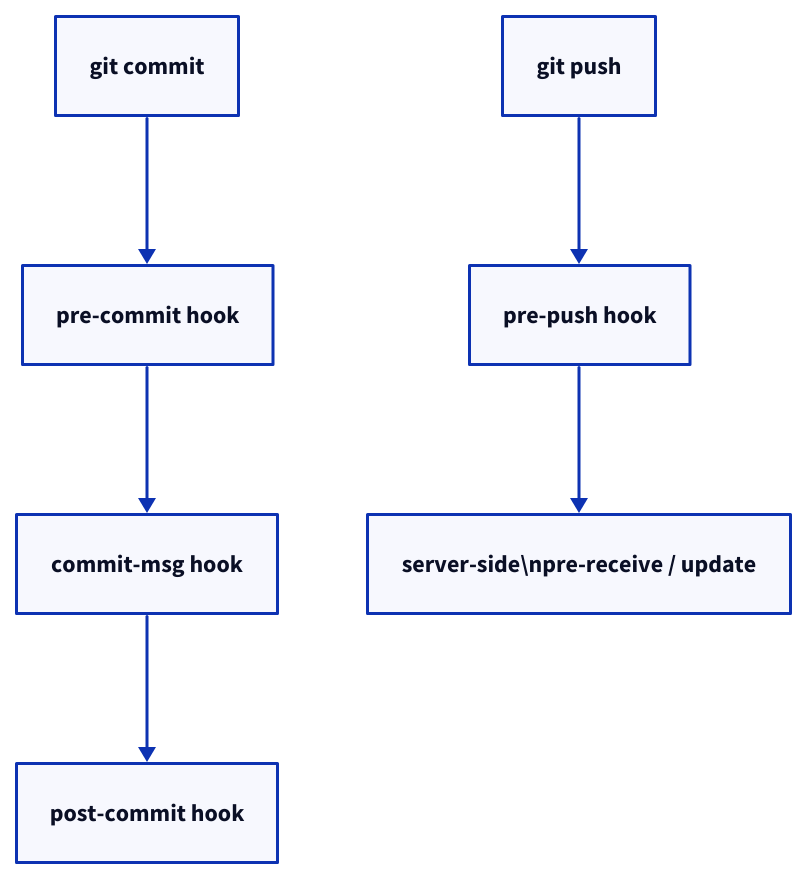
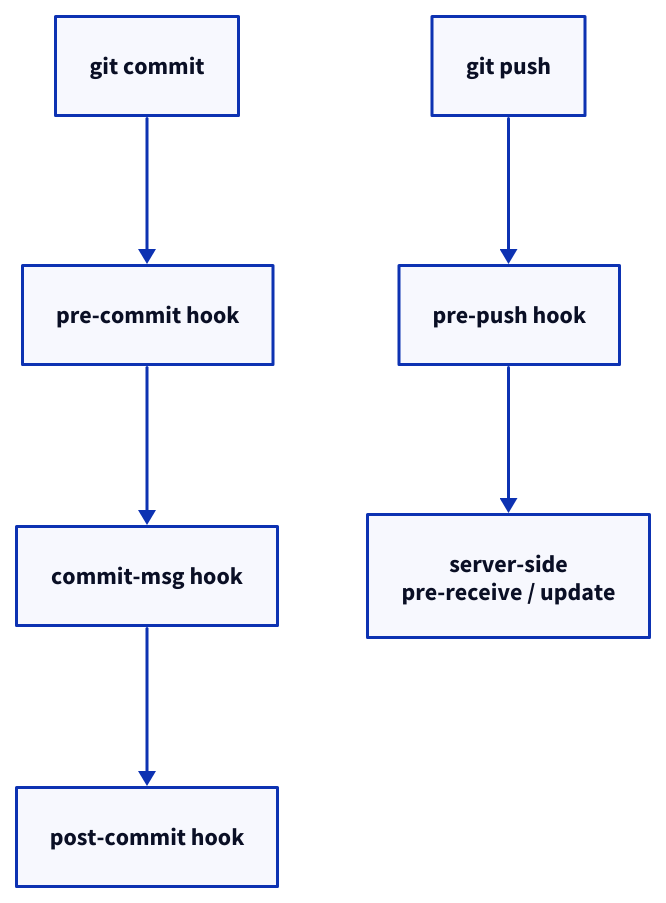
The diagram in docs/git/git-hooks-and-automation.md (rebash-rebash/rebash-academy), drawn with D2 before and after one commit. The commit also changed 177 other files, not shown here.

First line of the commit message:
Ship Terraform track, diagram polish, and new brand favicon.

````diff
--- a/docs/git/git-hooks-and-automation.md
+++ b/docs/git/git-hooks-and-automation.md
@@ -47,16 +47,16 @@
 ```d2
 direction: down
 
 COMMIT: "git commit"
     PRE: "pre-commit hook"
     MSG: "commit-msg hook"
     POST: "post-commit hook"
     PUSH: "git push"
     PREPUSH: "pre-push hook"
-    SERVER: "server-side\\npre-receive / update"
+    SERVER: "server-side\npre-receive / update"
     COMMIT -> PRE
     PRE -> MSG
     MSG -> POST
     PUSH -> PREPUSH
     PREPUSH -> SERVER
 ```
````
